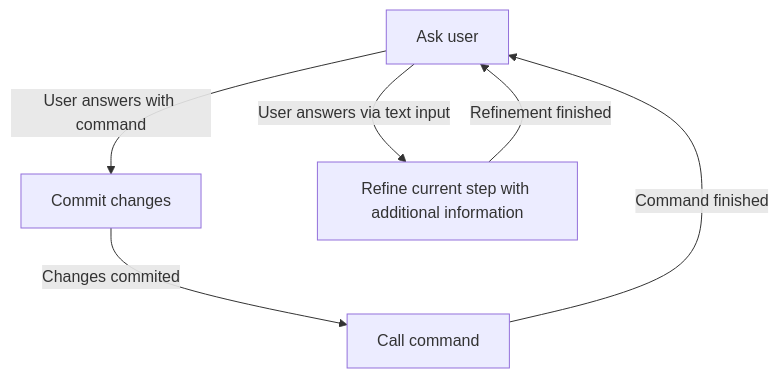
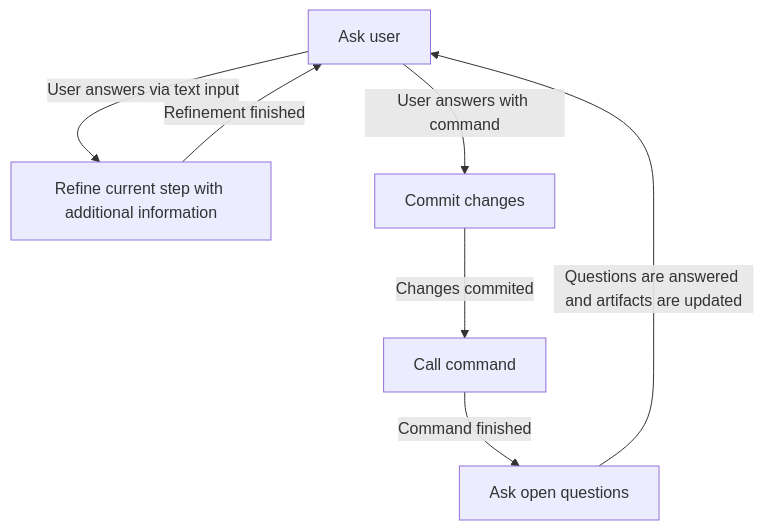
One commit to aserowy/yeet changed the diagram in .opencode/agents/openspec.md. Above: the diagram before and after it, drawn with Mermaid. The commit also changed other lines of this file and 7 other files, not shown here.

Commit message:
continue: adopt mutation-based hooks in EnumerationChanged/Finished/PathsAdded, resolve open questions (plugin-defined tokens, separate directory token, deferred hooks fire on flush)

````diff
--- a/.opencode/agents/openspec.md
+++ b/.opencode/agents/openspec.md
@@ -34,9 +34,10 @@
 ```mermaid
 flowchart TD
     A[Ask user]
-    A -->|User answers with command| B[Commit changes]
-    B -->|Changes commited| C[Call command]
-    C -->|Command finished| A
-    A -->|User answers via text input| D[Refine current step with additional information]
-    D -->|Refinement finished| A
+    A -->|User answers via text input| B[Refine current step with additional information]
+    B -->|Refinement finished| A
+    A -->|User answers with command| C[Commit changes]
+    C -->|Changes commited| D[Call command]
+    D -->|Command finished| E[Ask open questions]
+    E -->|Questions are answered and artifacts are updated| A
 ```
````
